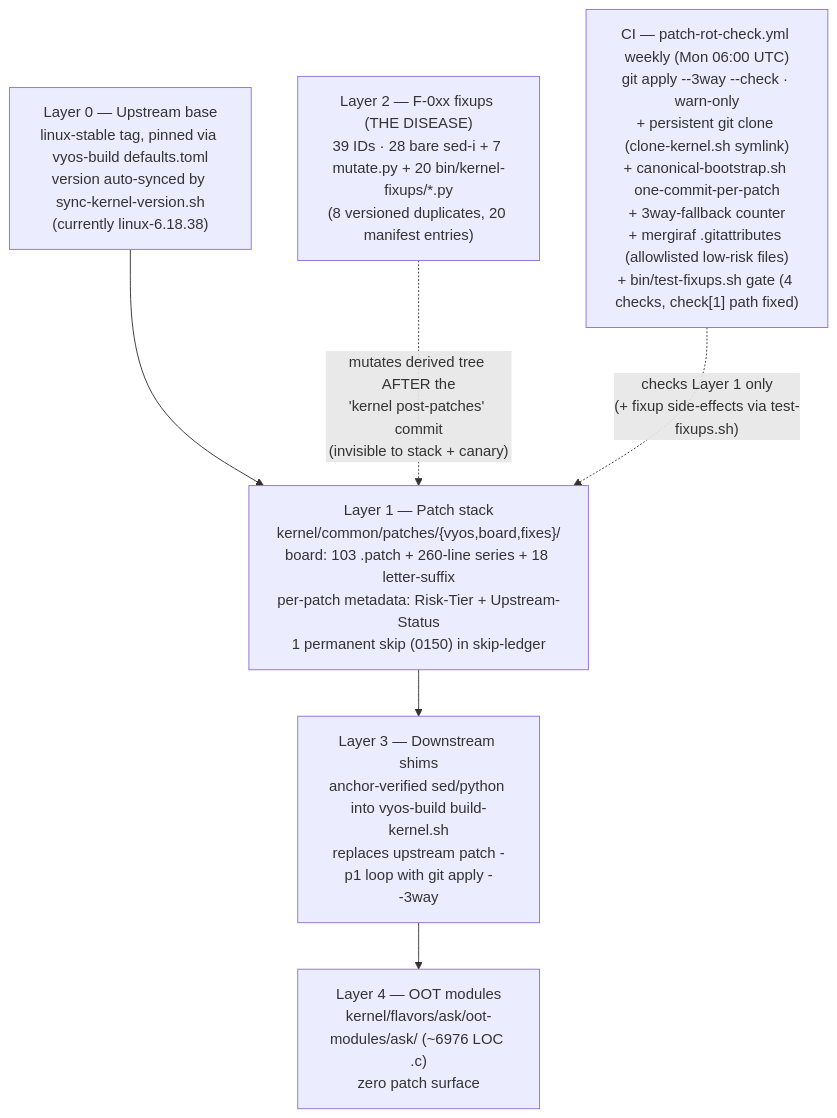
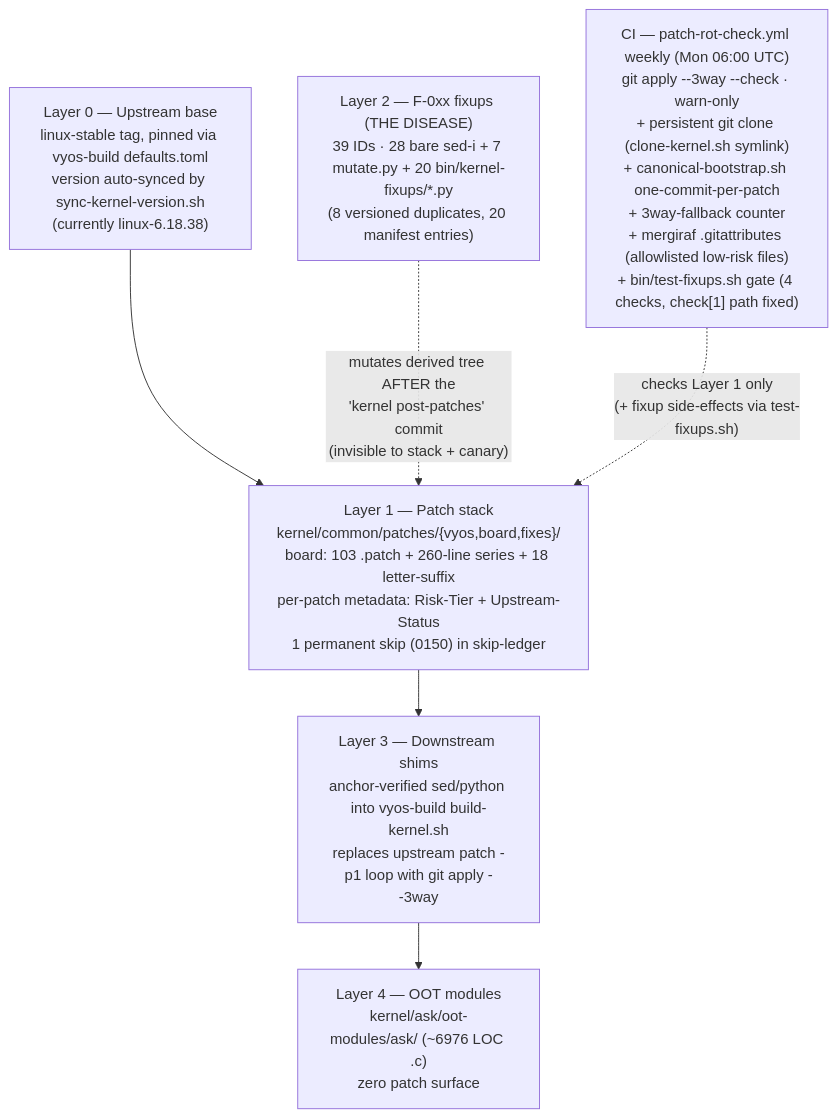
Before and after one commit to Daegara/vyos-ls1046a-build: the diagram in plans/TA-2026-07-18-002-patch-architecture.md, drawn with Mermaid. The commit also changed other lines of this file and 145 other files, not shown here.

````diff
--- a/plans/TA-2026-07-18-002-patch-architecture.md
+++ b/plans/TA-2026-07-18-002-patch-architecture.md
@@ -116,15 +116,15 @@
 ```mermaid
 flowchart TD
     L0["Layer 0 — Upstream base<br/>linux-stable tag, pinned via vyos-build defaults.toml<br/>version auto-synced by sync-kernel-version.sh<br/>(currently linux-6.18.38)"]
     L1["Layer 1 — Patch stack<br/>kernel/common/patches/{vyos,board,fixes}/<br/>board: 103 .patch + 260-line series + 18 letter-suffix<br/>per-patch metadata: Risk-Tier + Upstream-Status<br/>1 permanent skip (0150) in skip-ledger"]
     L2["Layer 2 — F-0xx fixups (THE DISEASE)<br/>39 IDs · 28 bare sed-i + 7 mutate.py + 20 bin/kernel-fixups/*.py<br/>(8 versioned duplicates, 20 manifest entries)"]
     L3["Layer 3 — Downstream shims<br/>anchor-verified sed/python into vyos-build build-kernel.sh<br/>replaces upstream patch -p1 loop with git apply --3way"]
-    L4["Layer 4 — OOT modules<br/>kernel/flavors/ask/oot-modules/ask/ (~6976 LOC .c)<br/>zero patch surface"]
+    L4["Layer 4 — OOT modules<br/>kernel/ask/oot-modules/ask/ (~6976 LOC .c)<br/>zero patch surface"]
     CI["CI — patch-rot-check.yml weekly (Mon 06:00 UTC)<br/>git apply --3way --check · warn-only<br/>+ persistent git clone (clone-kernel.sh symlink)<br/>+ canonical-bootstrap.sh one-commit-per-patch<br/>+ 3way-fallback counter<br/>+ mergiraf .gitattributes (allowlisted low-risk files)<br/>+ bin/test-fixups.sh gate (4 checks, check[1] path fixed)"]
 
     L0 --> L1
     L1 --> L3
     L2 -. "mutates derived tree AFTER the<br/>'kernel post-patches' commit<br/>(invisible to stack + canary)" .-> L1
     L3 --> L4
     CI -. "checks Layer 1 only<br/>(+ fixup side-effects via test-fixups.sh)" .-> L1
 ```
````
